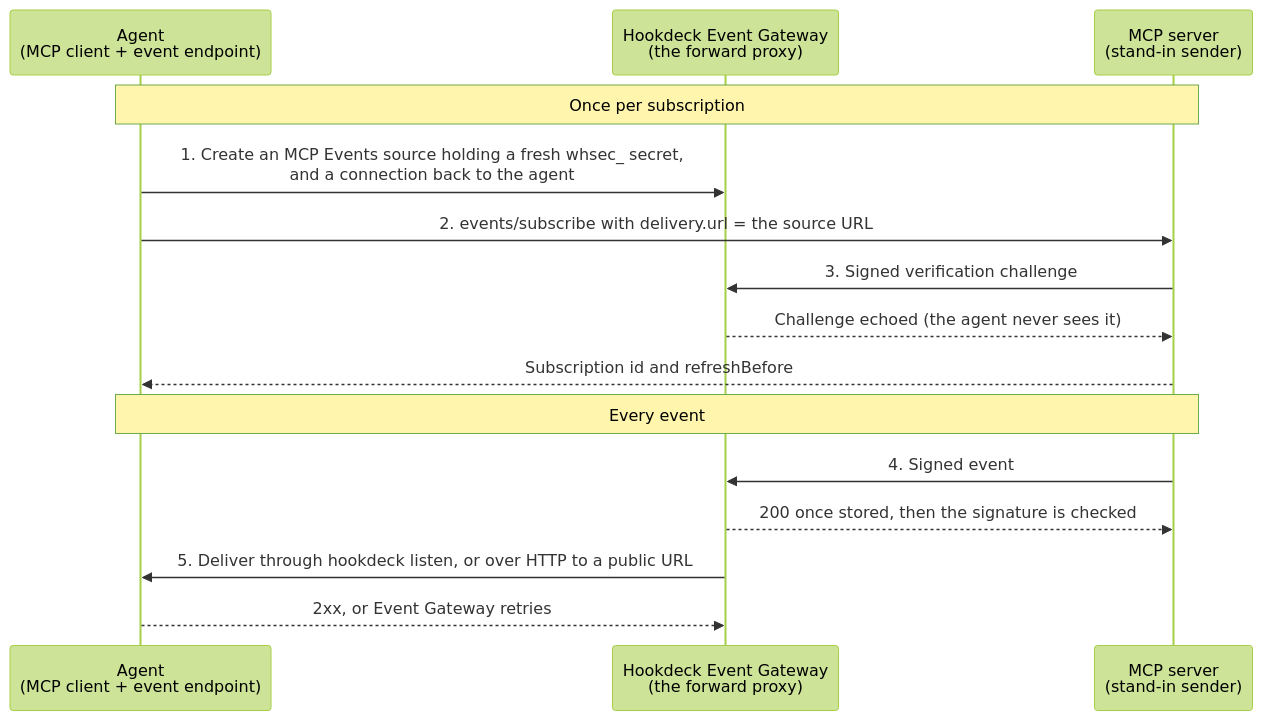
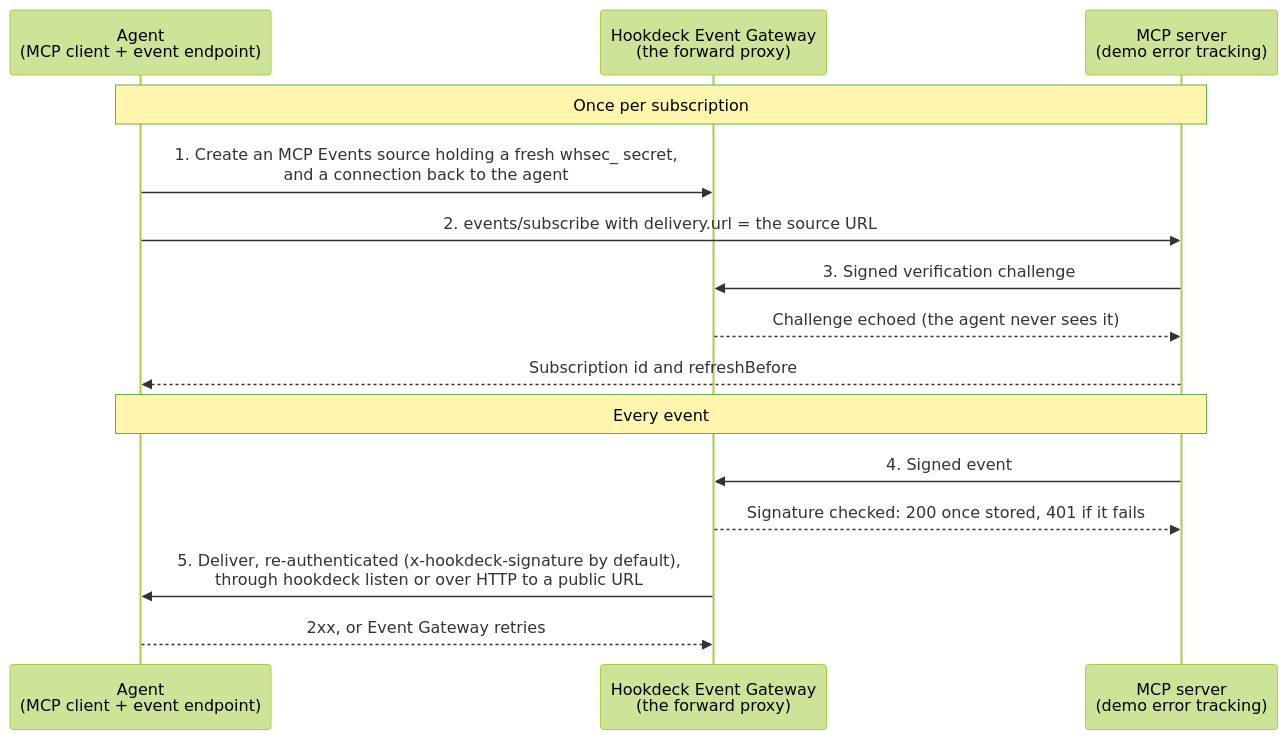
Before and after one commit to hookdeck/hookdeck-demos: the diagram in hookdeck/mcp-events-forward-proxy/README.md, drawn with Mermaid (forest theme). The commit also changed other lines of this file and 38 other files, not shown here.

First line of the commit message:
mcp-events-forward-proxy: three ways to authenticate deliveries, an error-tracking scenario and a live view (#33)

````diff
--- a/hookdeck/mcp-events-forward-proxy/README.md
+++ b/hookdeck/mcp-events-forward-proxy/README.md
@@ -9,17 +11,17 @@
 ```mermaid
 sequenceDiagram
     participant A as Agent<br>(MCP client + event endpoint)
     participant P as Hookdeck Event Gateway<br>(the forward proxy)
-    participant S as MCP server<br>(stand-in sender)
+    participant S as MCP server<br>(demo error tracking)
     Note over A,S: Once per subscription
     A->>P: 1. Create an MCP Events source holding a fresh whsec_ secret,<br>and a connection back to the agent
     A->>S: 2. events/subscribe with delivery.url = the source URL
     S->>P: 3. Signed verification challenge
     P-->>S: Challenge echoed (the agent never sees it)
     S-->>A: Subscription id and refreshBefore
     Note over A,S: Every event
     S->>P: 4. Signed event
-    P-->>S: 200 once stored, then the signature is checked
-    P->>A: 5. Deliver through hookdeck listen, or over HTTP to a public URL
+    P-->>S: Signature checked: 200 once stored, 401 if it fails
+    P->>A: 5. Deliver, re-authenticated (x-hookdeck-signature by default),<br>through hookdeck listen or over HTTP to a public URL
     A-->>P: 2xx, or Event Gateway retries
 ```
````
